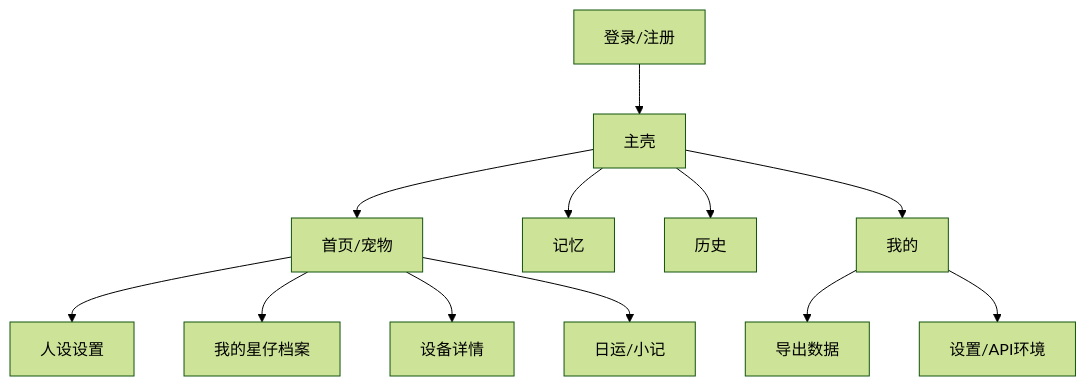
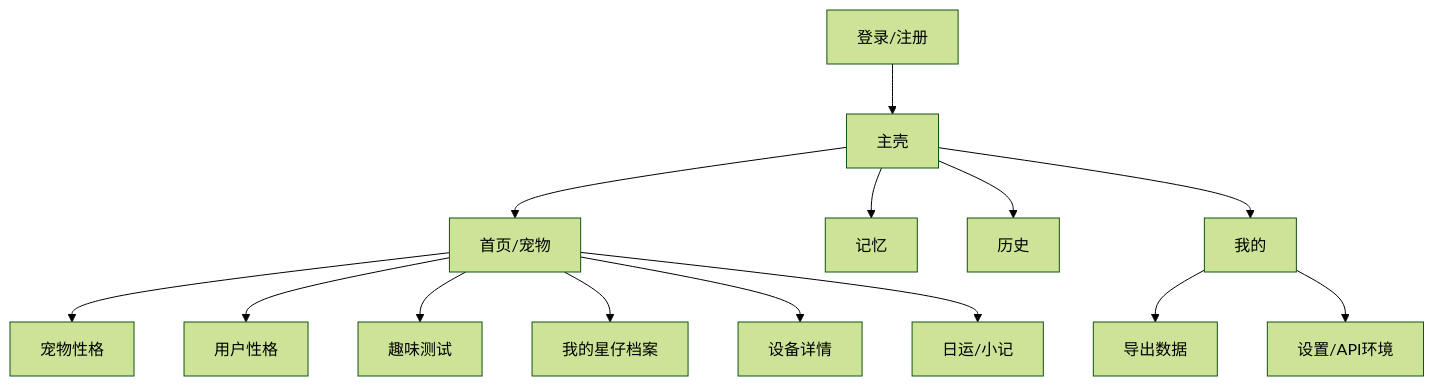
Before and after one commit to ckmx-zkp/ai-pet-app-: the diagram in docs/03-信息架构与页面规格.md, drawn with Mermaid (forest theme). The commit also changed other lines of this file and 13 other files, not shown here.

````diff
--- a/docs/03-信息架构与页面规格.md
+++ b/docs/03-信息架构与页面规格.md
@@ -5,14 +5,16 @@
 ```mermaid
 flowchart TB
     auth["登录/注册"] --> shell["主壳"]
     shell --> home["首页/宠物"]
     shell --> mem["记忆"]
     shell --> hist["历史"]
     shell --> me["我的"]
-    home --> persona["人设设置"]
+    home --> persona["宠物性格"]
+    home --> owner["用户性格"]
+    home --> tests["趣味测试"]
     home --> star["我的星仔档案"]
     home --> device["设备详情"]
     home --> daily["日运/小记"]
     me --> export["导出数据"]
     me --> settings["设置/API环境"]
 ```
````
